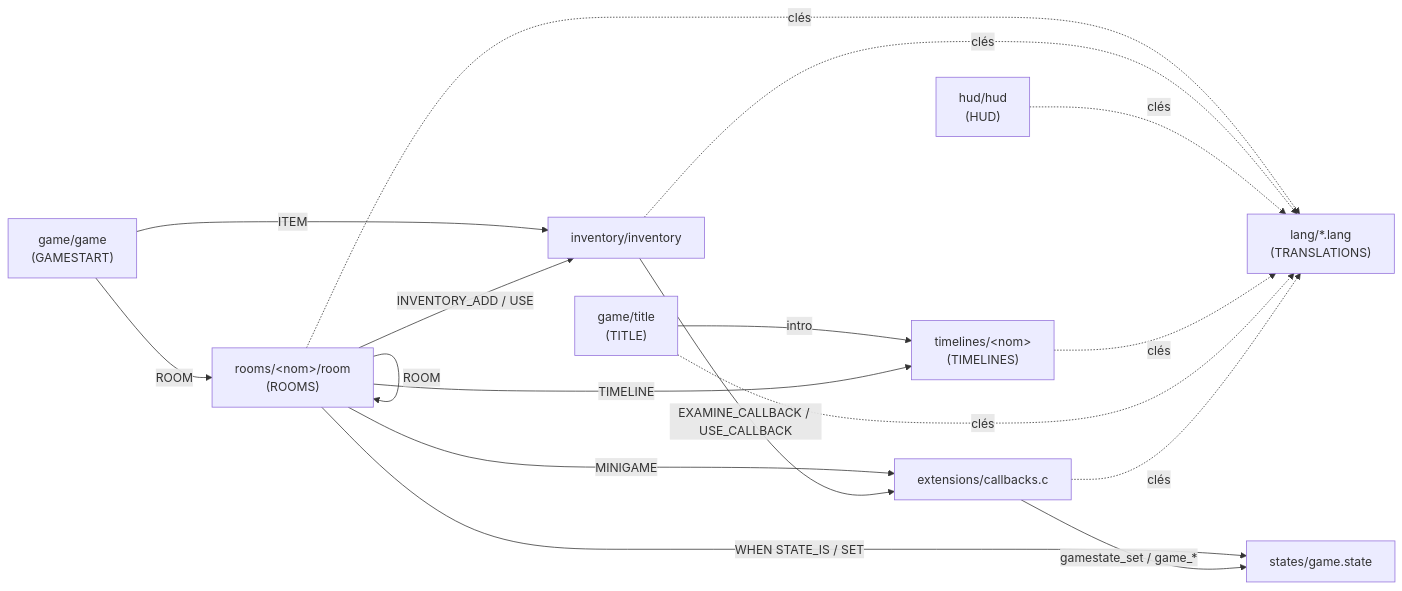
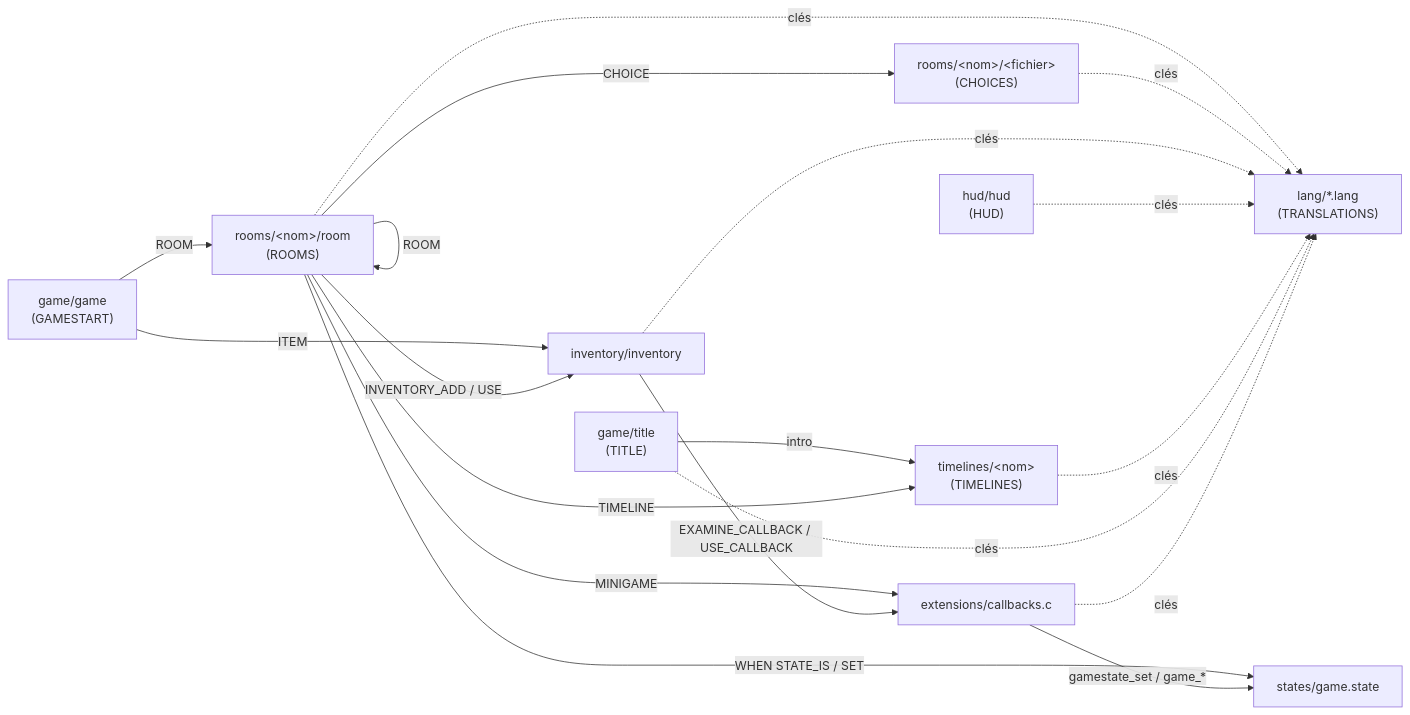
The diagram in docs/DEVELOPING.fr.md (Mithweth/moteur-3ds), drawn with Mermaid before and after one commit. The commit also changed other lines of this file and 19 other files, not shown here.

````diff
--- a/docs/DEVELOPING.fr.md
+++ b/docs/DEVELOPING.fr.md
@@ -203,29 +213,32 @@
 ```mermaid
 flowchart LR
     GAME["game/game<br/>(GAMESTART)"]
     TITLE["game/title<br/>(TITLE)"]
     ROOM["rooms/&lt;nom&gt;/room<br/>(ROOMS)"]
+    CHO["rooms/&lt;nom&gt;/&lt;fichier&gt;<br/>(CHOICES)"]
     INV["inventory/inventory"]
     HUD["hud/hud<br/>(HUD)"]
     TL["timelines/&lt;nom&gt;<br/>(TIMELINES)"]
     STATE["states/game.state"]
     LANG["lang/*.lang<br/>(TRANSLATIONS)"]
     EXT["extensions/callbacks.c"]
 
     GAME -- "ROOM" --> ROOM
     GAME -- "ITEM" --> INV
     TITLE -- "intro" --> TL
     ROOM -- "ROOM" --> ROOM
     ROOM -- "TIMELINE" --> TL
     ROOM -- "MINIGAME" --> EXT
+    ROOM -- "CHOICE" --> CHO
     ROOM -- "WHEN STATE_IS / SET" --> STATE
     ROOM -- "INVENTORY_ADD / USE" --> INV
     INV -- "EXAMINE_CALLBACK / USE_CALLBACK" --> EXT
     EXT -- "gamestate_set / game_*" --> STATE
     ROOM -. "clés" .-> LANG
+    CHO -. "clés" .-> LANG
     INV -. "clés" .-> LANG
     HUD -. "clés" .-> LANG
     TL -. "clés" .-> LANG
     TITLE -. "clés" .-> LANG
     EXT -. "clés" .-> LANG
 ```
````
